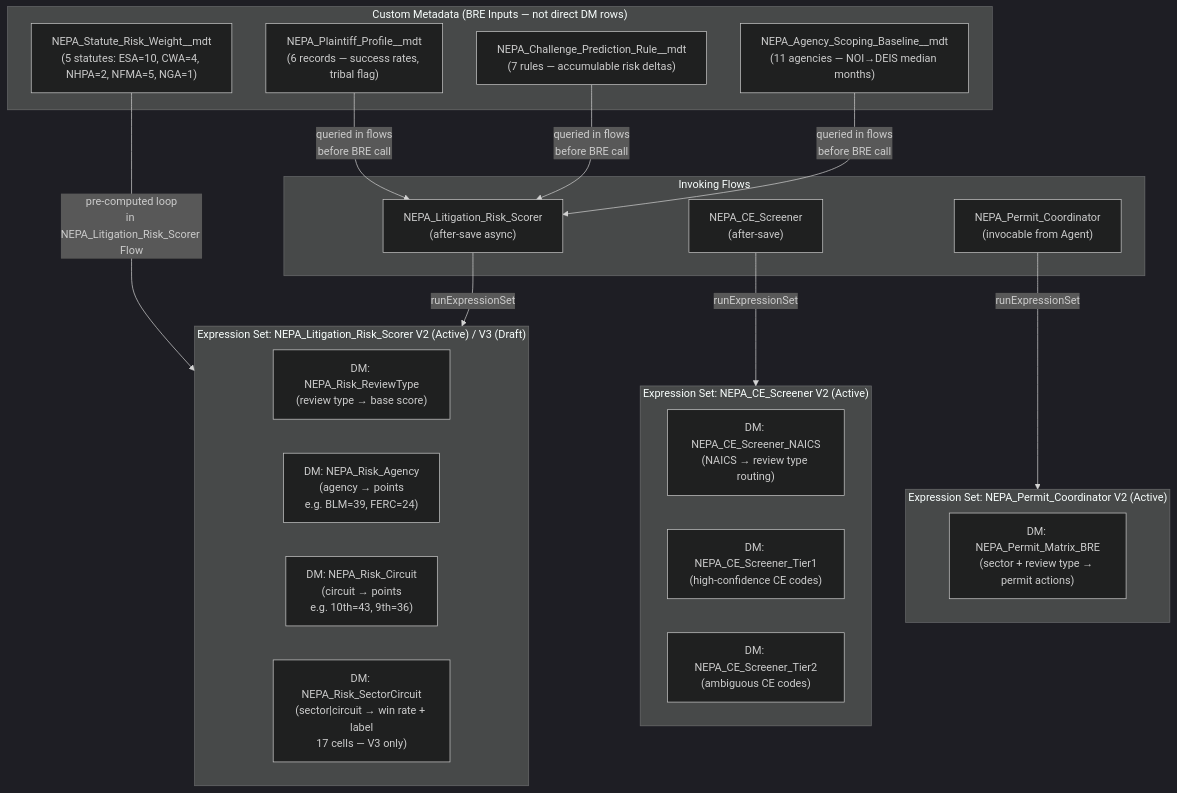
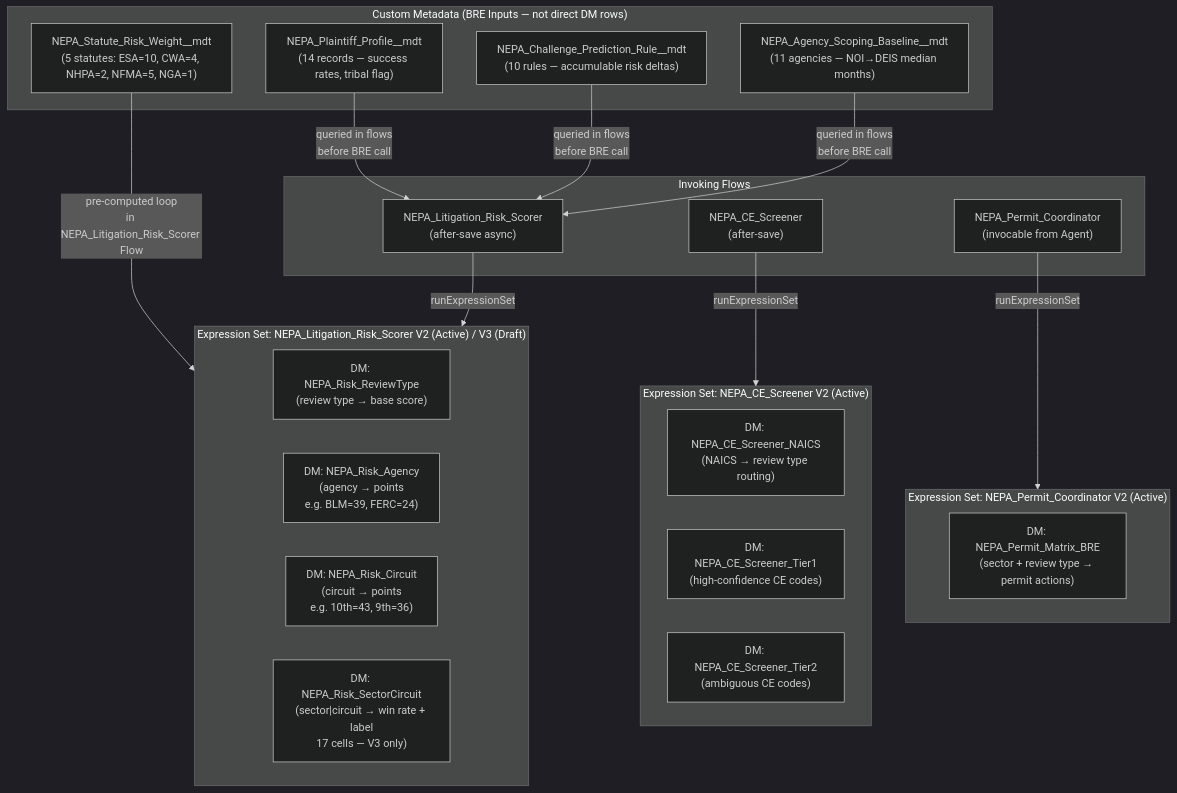
One commit to SFDC-Assets/PSA-NEPA-Permitting changed the ninth of 10 diagrams in docs/ARCHITECTURE-DIAGRAMS.md. Above: the diagram before and after it, drawn with Mermaid (dark theme). The commit also changed other lines of this file and 3 other files, not shown here.

````diff
--- a/docs/ARCHITECTURE-DIAGRAMS.md
+++ b/docs/ARCHITECTURE-DIAGRAMS.md
@@ -439,41 +439,41 @@
 ```mermaid
 flowchart TB
     subgraph ES1["Expression Set: NEPA_CE_Screener V2 (Active)"]
         direction LR
         DM1["DM: NEPA_CE_Screener_NAICS\n(NAICS → review type routing)"]
         DM2["DM: NEPA_CE_Screener_Tier1\n(high-confidence CE codes)"]
         DM3["DM: NEPA_CE_Screener_Tier2\n(ambiguous CE codes)"]
     end
 
     subgraph ES2["Expression Set: NEPA_Litigation_Risk_Scorer V2 (Active) / V3 (Draft)"]
         direction LR
         DM4["DM: NEPA_Risk_ReviewType\n(review type → base score)"]
         DM5["DM: NEPA_Risk_Agency\n(agency → points\ne.g. BLM=39, FERC=24)"]
         DM6["DM: NEPA_Risk_Circuit\n(circuit → points\ne.g. 10th=43, 9th=36)"]
         DM7["DM: NEPA_Risk_SectorCircuit\n(sector|circuit → win rate + label\n17 cells — V3 only)"]
     end
 
     subgraph ES3["Expression Set: NEPA_Permit_Coordinator V2 (Active)"]
         direction LR
         DM8["DM: NEPA_Permit_Matrix_BRE\n(sector + review type → permit actions)"]
     end
 
     subgraph CMT["Custom Metadata (BRE Inputs — not direct DM rows)"]
         C1["NEPA_Statute_Risk_Weight__mdt\n(5 statutes: ESA=10, CWA=4, NHPA=2, NFMA=5, NGA=1)"]
         C2["NEPA_Agency_Scoping_Baseline__mdt\n(11 agencies — NOI→DEIS median months)"]
-        C3["NEPA_Challenge_Prediction_Rule__mdt\n(7 rules — accumulable risk deltas)"]
-        C4["NEPA_Plaintiff_Profile__mdt\n(6 records — success rates, tribal flag)"]
+        C3["NEPA_Challenge_Prediction_Rule__mdt\n(10 rules — accumulable risk deltas)"]
+        C4["NEPA_Plaintiff_Profile__mdt\n(14 records — success rates, tribal flag)"]
     end
 
     subgraph Flows["Invoking Flows"]
         F1["NEPA_CE_Screener\n(after-save)"]
         F2["NEPA_Litigation_Risk_Scorer\n(after-save async)"]
         F3["NEPA_Permit_Coordinator\n(invocable from Agent)"]
     end
 
     F1 -->|runExpressionSet| ES1
     F2 -->|runExpressionSet| ES2
     F3 -->|runExpressionSet| ES3
     C1 -->|pre-computed loop\nin NEPA_Litigation_Risk_Scorer Flow| ES2
     C2 & C3 & C4 -->|queried in flows\nbefore BRE call| F2
 ```
````
